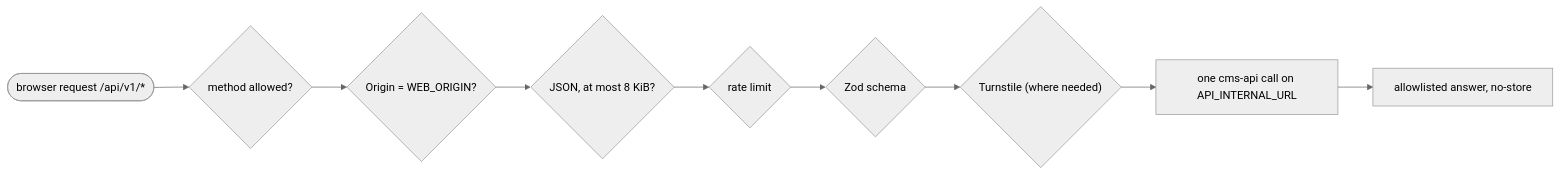
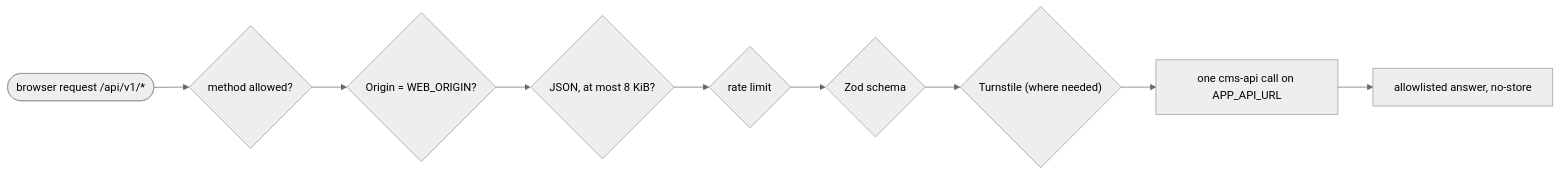
Before and after one commit to hungnh1812dev/project-me: the diagram in docs/apps/web/FLOW.md, drawn with Mermaid (neutral theme). The commit also changed other lines of this file and 8 other files, not shown here.

````diff
--- a/docs/apps/web/FLOW.md
+++ b/docs/apps/web/FLOW.md
@@ -25,11 +25,11 @@
 ```mermaid
 flowchart LR
   req(["browser request /api/v1/*"]) --> m{"method allowed?"}
   m --> o{"Origin = WEB_ORIGIN?"}
   o --> b{"JSON, at most 8 KiB?"}
   b --> rl{"rate limit"}
   rl --> z{"Zod schema"}
   z --> t{"Turnstile (where needed)"}
-  t --> up["one cms-api call on API_INTERNAL_URL"]
+  t --> up["one cms-api call on APP_API_URL"]
   up --> ans["allowlisted answer, no-store"]
 ```
````
